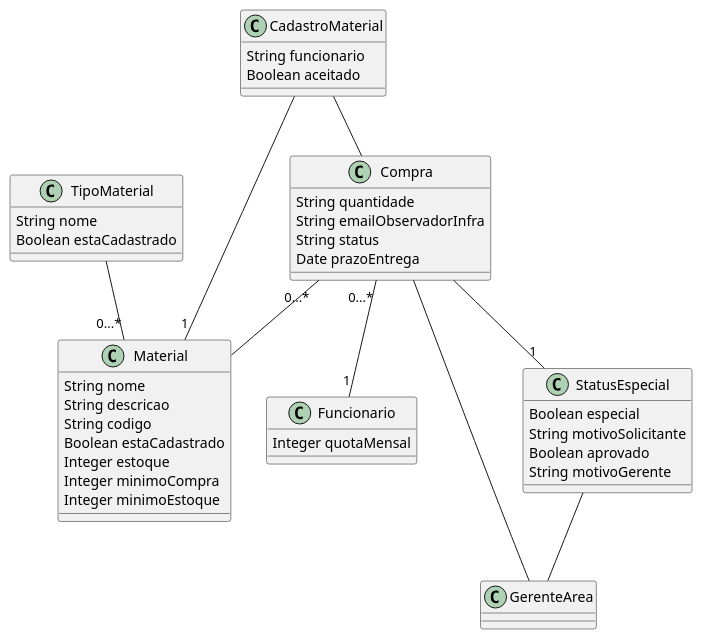
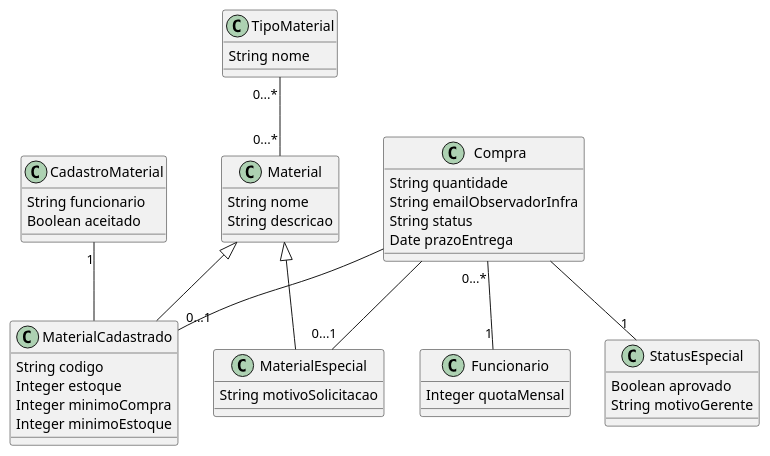
One commit to julianofnascimento/mba-diagrama-classes changed the diagram in entrega-230814/tarefa.puml. Above: the diagram before and after it, drawn with PlantUML. The commit also changed 2 other files, not shown here.

Commit message:
criar classe material cadastrado e especial e mais alguns ajustes 👍

```diff
--- a/entrega-230814/tarefa.puml
+++ b/entrega-230814/tarefa.puml
@@ -8,60 +8,58 @@
-@startuml
+@startuml SOMAES
 'https://plantuml.com/class-diagram
 
-Compra "0...*" -- Material
-TipoMaterial -- "0...*" Material
-CadastroMaterial -- "1" Material
-CadastroMaterial -- Compra
+' Compra "0...*" -- "1" Material
+TipoMaterial "0...*" -- "0...*" Material
+CadastroMaterial "1" -- MaterialCadastrado
 Compra "0...*"-- "1" Funcionario
-Compra -- GerenteArea
 Compra -- "1" StatusEspecial
-StatusEspecial -- GerenteArea
+Material <|-- MaterialEspecial
+Compra -- "0...1" MaterialEspecial
+Material <|-- MaterialCadastrado
+Compra -- "0...1" MaterialCadastrado
 
 class TipoMaterial {
     String nome
-    Boolean estaCadastrado
 }
 
 class Material {
     String nome
     String descricao
+}
+
+class MaterialEspecial {
+    String motivoSolicitacao
+}
+
+class MaterialCadastrado {
     String codigo
-    Boolean estaCadastrado
     Integer estoque
     Integer minimoCompra
     Integer minimoEstoque
 }
 
-
-
 class Funcionario {
     Integer quotaMensal
-}
-
-class GerenteArea {
-
 }
 
 
 class CadastroMaterial {
     String funcionario
     Boolean aceitado
 }
 
 
 class StatusEspecial {
-    Boolean especial
-    String motivoSolicitante
     Boolean aprovado
     String motivoGerente
 
 }
 
 class Compra {
     String quantidade
     String emailObservadorInfra
     String status
     Date prazoEntrega
 }
 
 @enduml
```
